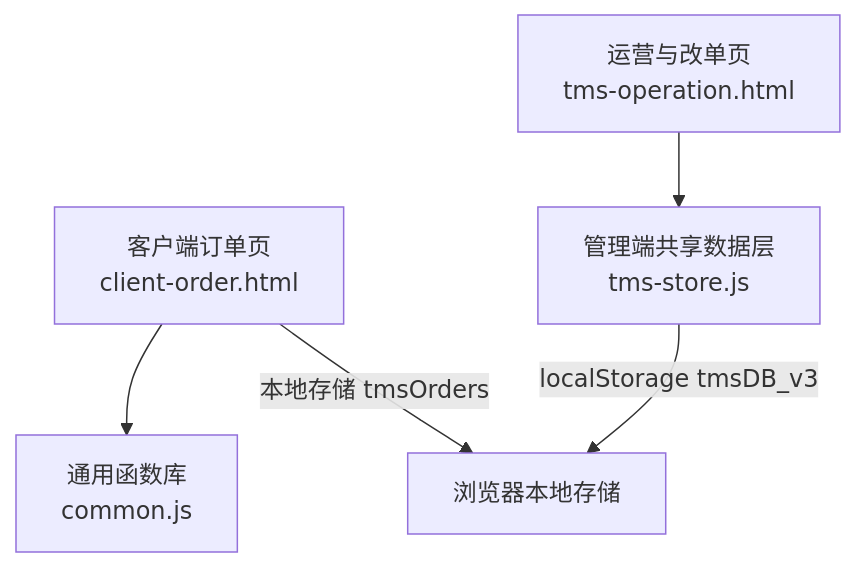
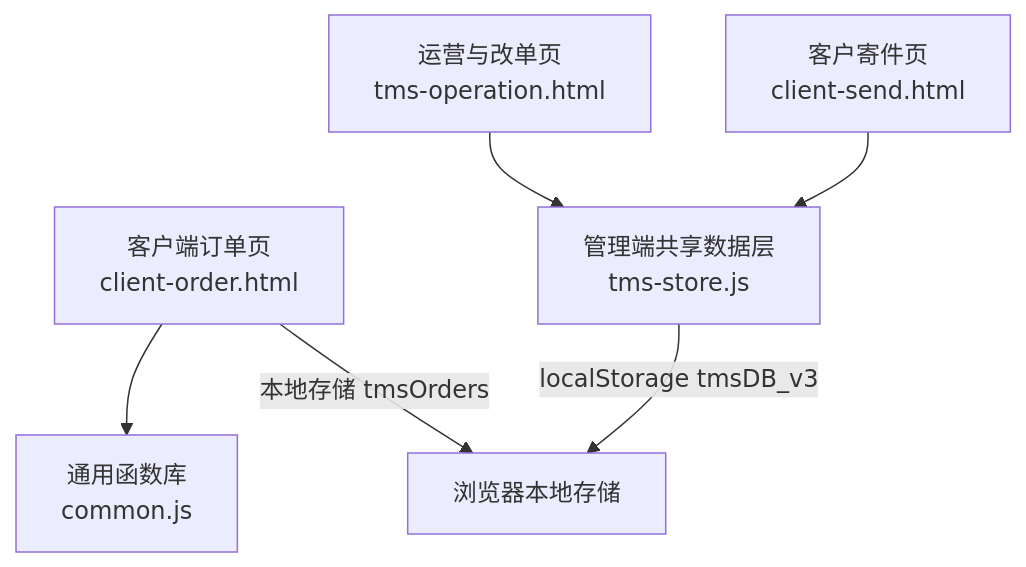
Before and after one commit to PengLine/blog-tms: the first of 11 diagrams in .qoder/repowiki/zh/content/系统管理模块/运营管理/订单管理.md, drawn with Mermaid. The commit also changed other lines of this file and 101 other files, not shown here.

````diff
--- a/.qoder/repowiki/zh/content/系统管理模块/运营管理/订单管理.md
+++ b/.qoder/repowiki/zh/content/系统管理模块/运营管理/订单管理.md
@@ -31,9 +53,11 @@
 ```mermaid
 graph TB
 ClientOrder["客户端订单页<br/>client-order.html"] --> CommonJS["通用函数库<br/>common.js"]
 AdminStore["管理端共享数据层<br/>tms-store.js"]
 OperationPage["运营与改单页<br/>tms-operation.html"]
+SendPage["客户寄件页<br/>client-send.html"]
 ClientOrder --> |本地存储 tmsOrders| LocalStorage["浏览器本地存储"]
 AdminStore --> |localStorage tmsDB_v3| LocalStorage
 OperationPage --> AdminStore
+SendPage --> AdminStore
 ```
````
